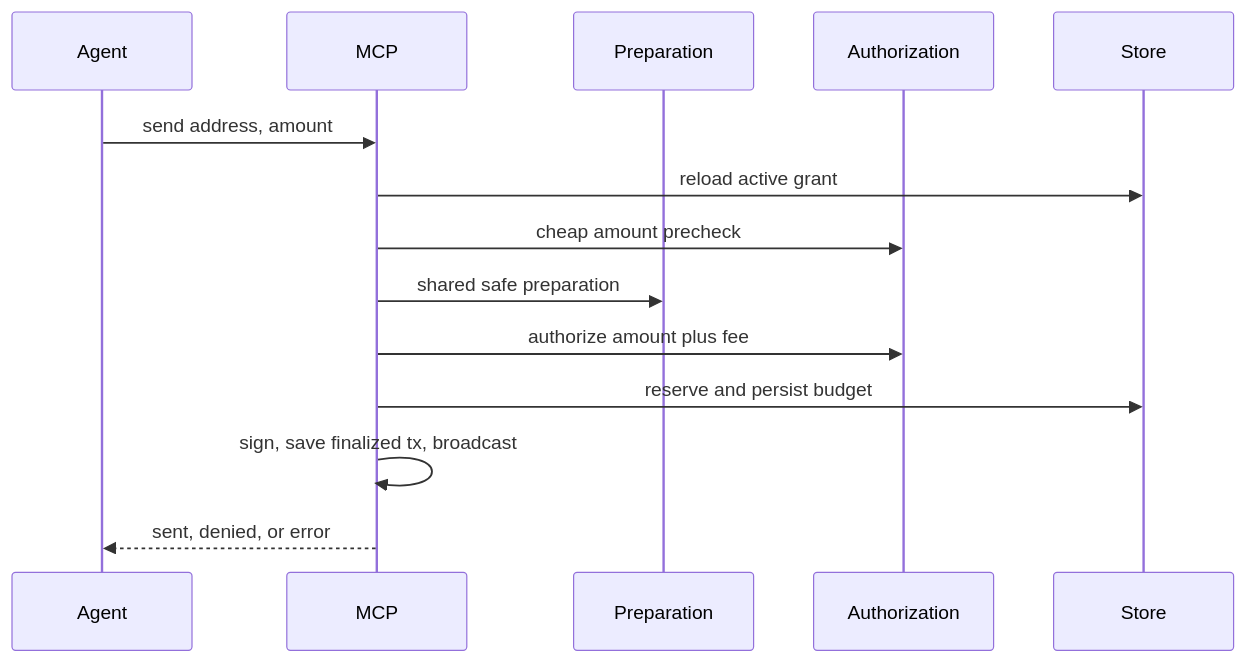
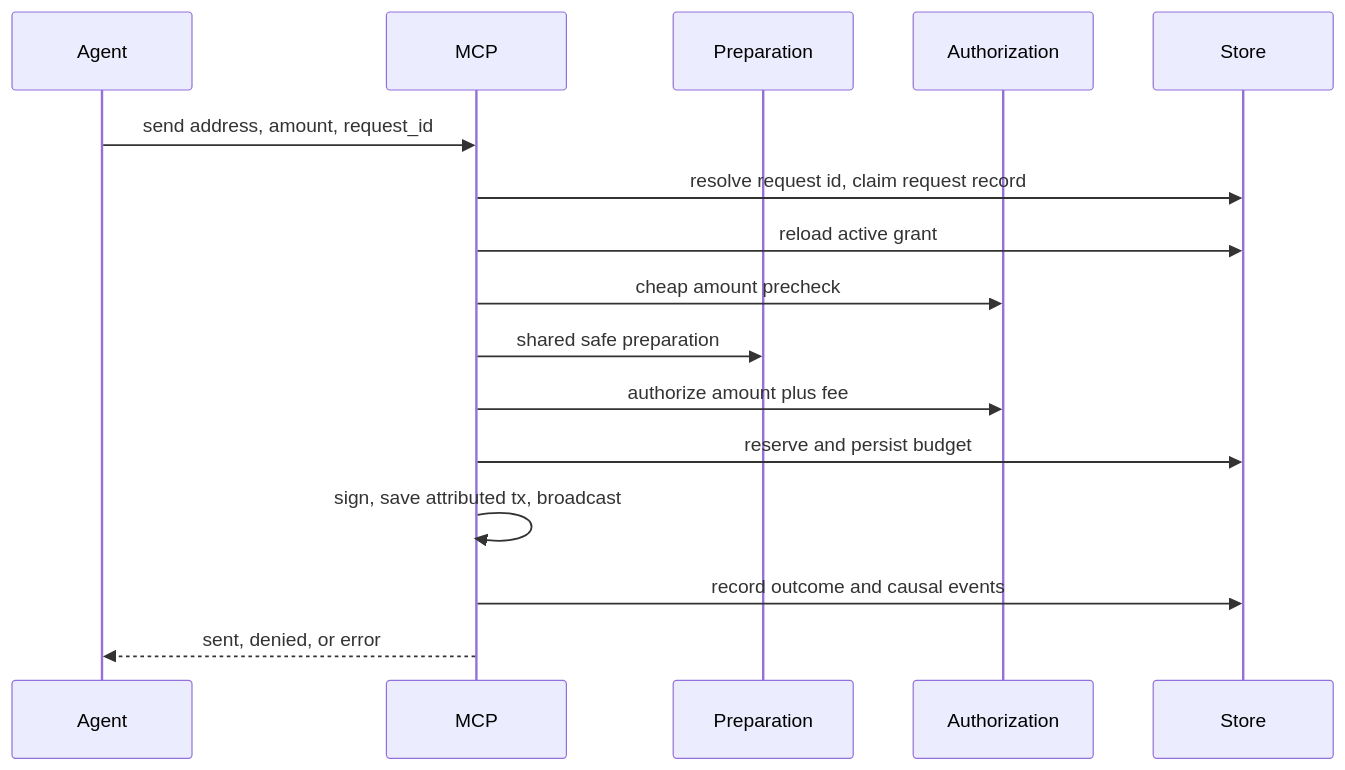
The third of 3 diagrams in docs/architecture.md (idemresearch/sats), drawn with Mermaid before and after one commit. The commit also changed other lines of this file and 8 other files, not shown here.

````diff
--- a/docs/architecture.md
+++ b/docs/architecture.md
@@ -122,16 +124,18 @@
 ```mermaid
 sequenceDiagram
     participant A as Agent
     participant M as MCP
     participant P as Preparation
     participant Z as Authorization
     participant S as Store
-    A->>M: send address, amount
+    A->>M: send address, amount, request_id
+    M->>S: resolve request id, claim request record
     M->>S: reload active grant
     M->>Z: cheap amount precheck
     M->>P: shared safe preparation
     M->>Z: authorize amount plus fee
     M->>S: reserve and persist budget
-    M->>M: sign, save finalized tx, broadcast
+    M->>M: sign, save attributed tx, broadcast
+    M->>S: record outcome and causal events
     M-->>A: sent, denied, or error
 ```
````
